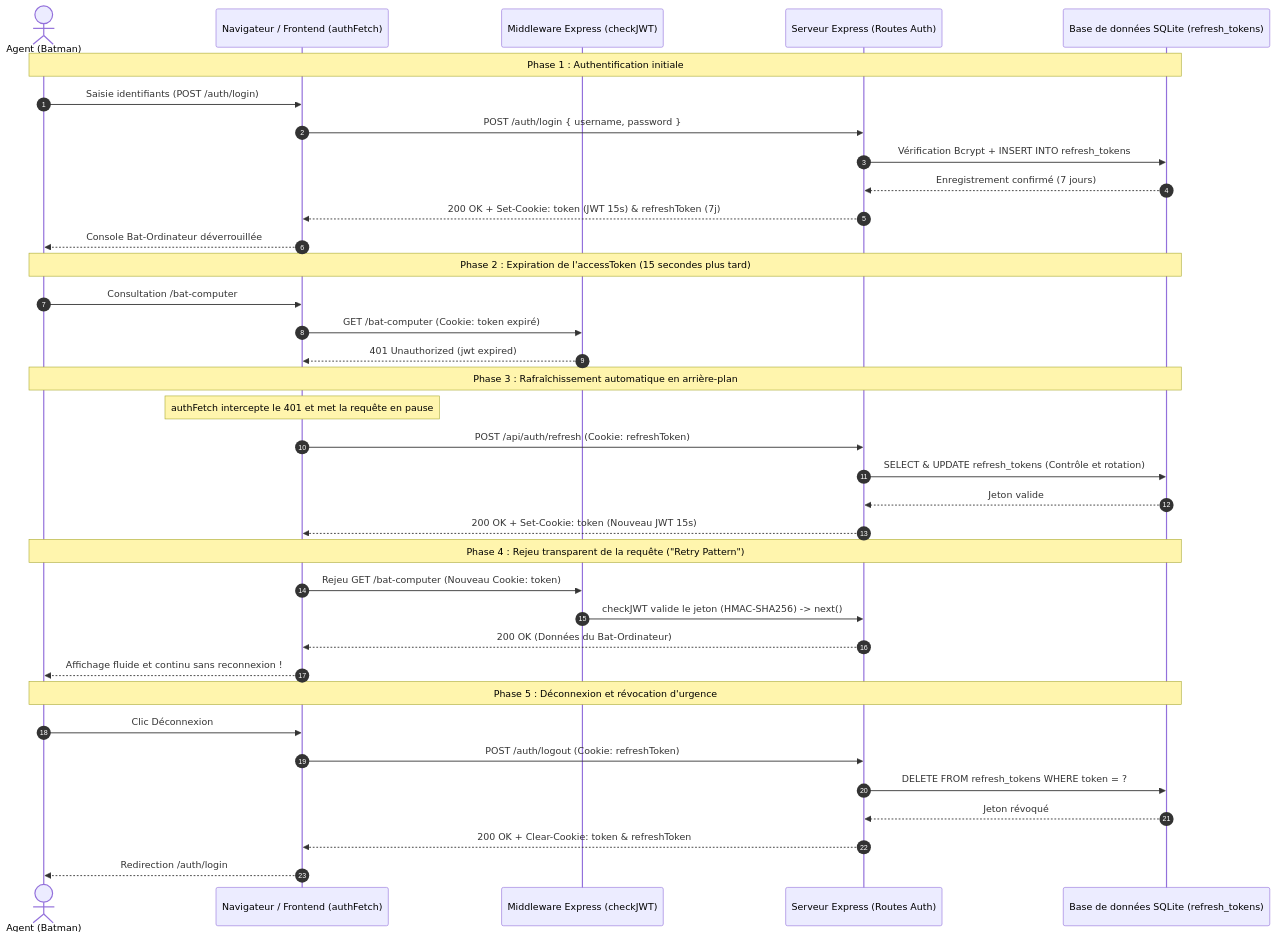
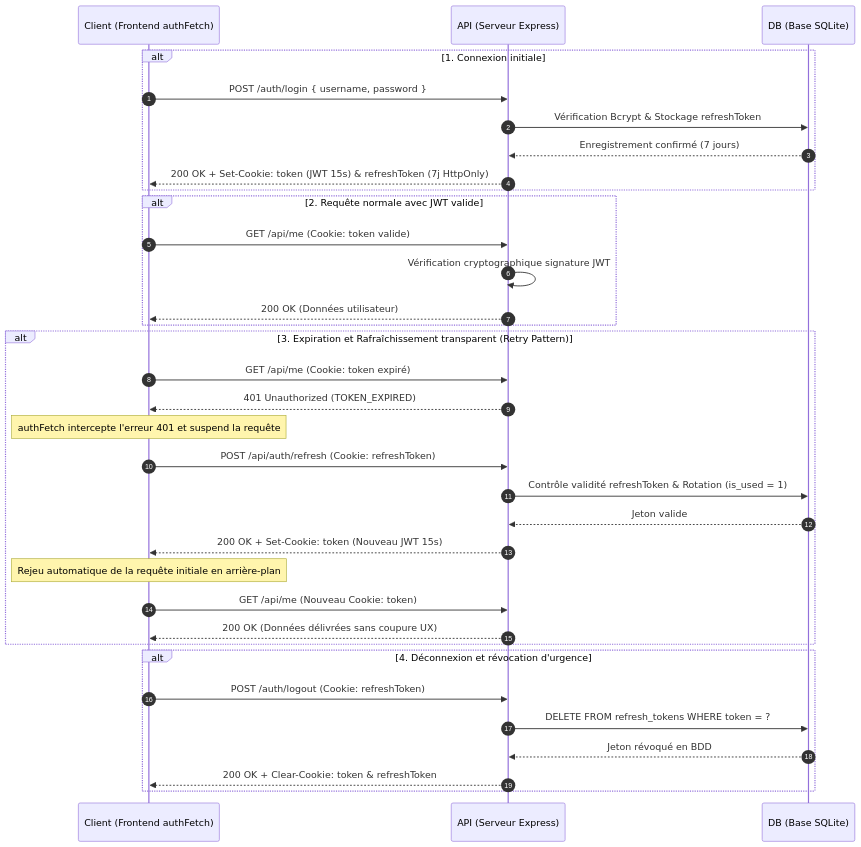
One commit to Felix-Ecole/IWJ4-ProtoAuth changed the diagram in batcave-security/README.md. Above: the diagram before and after it, drawn with Mermaid. The commit also changed other lines of this file and 4 other files, not shown here.

````diff
--- a/batcave-security/README.md
+++ b/batcave-security/README.md
@@ -133,43 +133,40 @@
 ```mermaid
 sequenceDiagram
     autonumber
-    actor User as Agent (Batman)
-    participant Client as Navigateur / Frontend (authFetch)
-    participant Mid as Middleware Express (checkJWT)
-    participant API as Serveur Express (Routes Auth)
-    participant DB as Base de données SQLite (refresh_tokens)
+    participant Client as Client (Frontend authFetch)
+    participant API as API (Serveur Express)
+    participant DB as DB (Base SQLite)
 
-    Note over User,DB: Phase 1 : Authentification initiale
-    User->>Client: Saisie identifiants (POST /auth/login)
-    Client->>API: POST /auth/login { username, password }
-    API->>DB: Vérification Bcrypt + INSERT INTO refresh_tokens
-    DB-->>API: Enregistrement confirmé (7 jours)
-    API-->>Client: 200 OK + Set-Cookie: token (JWT 15s) & refreshToken (7j)
-    Client-->>User: Console Bat-Ordinateur déverrouillée
+    alt 1. Connexion initiale
+        Client->>API: POST /auth/login { username, password }
+        API->>DB: Vérification Bcrypt & Stockage refreshToken
+        DB-->>API: Enregistrement confirmé (7 jours)
+        API-->>Client: 200 OK + Set-Cookie: token (JWT 15s) & refreshToken (7j HttpOnly)
+    end
 
-    Note over User,DB: Phase 2 : Expiration de l'accessToken (15 secondes plus tard)
-    User->>Client: Consultation /bat-computer
-    Client->>Mid: GET /bat-computer (Cookie: token expiré)
-    Mid-->>Client: 401 Unauthorized (jwt expired)
+    alt 2. Requête normale avec JWT valide
+        Client->>API: GET /api/me (Cookie: token valide)
+        API->>API: Vérification cryptographique signature JWT
+        API-->>Client: 200 OK (Données utilisateur)
+    end
 
-    Note over User,DB: Phase 3 : Rafraîchissement automatique en arrière-plan
-    Note over Client: authFetch intercepte le 401 et met la requête en pause
-    Client->>API: POST /api/auth/refresh (Cookie: refreshToken)
-    API->>DB: SELECT & UPDATE refresh_tokens (Contrôle et rotation)
-    DB-->>API: Jeton valide
-    API-->>Client: 200 OK + Set-Cookie: token (Nouveau JWT 15s)
+    alt 3. Expiration et Rafraîchissement transparent (Retry Pattern)
+        Client->>API: GET /api/me (Cookie: token expiré)
+        API-->>Client: 401 Unauthorized (TOKEN_EXPIRED)
+        Note over Client: authFetch intercepte l'erreur 401 et suspend la requête
+        Client->>API: POST /api/auth/refresh (Cookie: refreshToken)
+        API->>DB: Contrôle validité refreshToken & Rotation (is_used = 1)
+        DB-->>API: Jeton valide
+        API-->>Client: 200 OK + Set-Cookie: token (Nouveau JWT 15s)
+        Note over Client: Rejeu automatique de la requête initiale en arrière-plan
+        Client->>API: GET /api/me (Nouveau Cookie: token)
+        API-->>Client: 200 OK (Données délivrées sans coupure UX)
+    end
 
-    Note over User,DB: Phase 4 : Rejeu transparent de la requête ("Retry Pattern")
-    Client->>Mid: Rejeu GET /bat-computer (Nouveau Cookie: token)
-    Mid->>API: checkJWT valide le jeton (HMAC-SHA256) -> next()
-    API-->>Client: 200 OK (Données du Bat-Ordinateur)
-    Client-->>User: Affichage fluide et continu sans reconnexion !
-
-    Note over User,DB: Phase 5 : Déconnexion et révocation d'urgence
-    User->>Client: Clic Déconnexion
-    Client->>API: POST /auth/logout (Cookie: refreshToken)
-    API->>DB: DELETE FROM refresh_tokens WHERE token = ?
-    DB-->>API: Jeton révoqué
-    API-->>Client: 200 OK + Clear-Cookie: token & refreshToken
-    Client-->>User: Redirection /auth/login
+    alt 4. Déconnexion et révocation d'urgence
+        Client->>API: POST /auth/logout (Cookie: refreshToken)
+        API->>DB: DELETE FROM refresh_tokens WHERE token = ?
+        DB-->>API: Jeton révoqué en BDD
+        API-->>Client: 200 OK + Clear-Cookie: token & refreshToken
+    end
 ```
````
